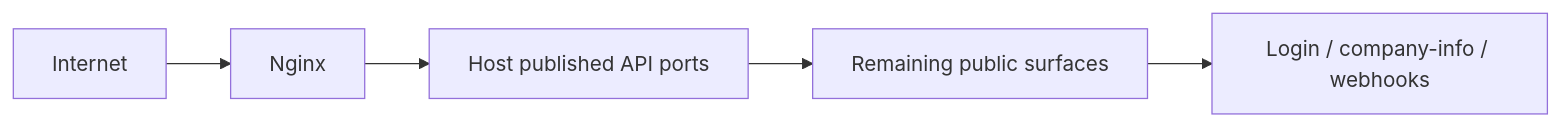
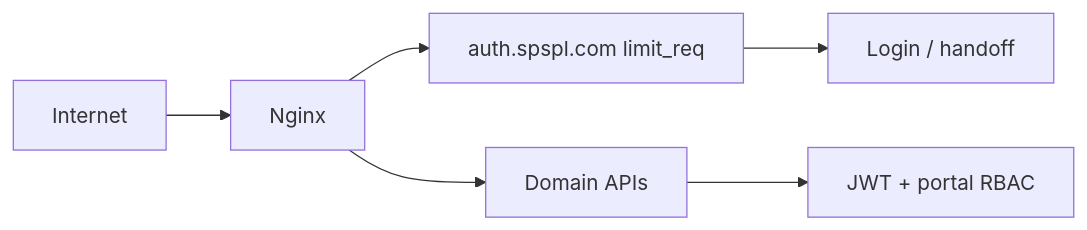
The fifth of 7 diagrams in docs/08-security/01-security-overview.md (shaktitechit/shakti-opms), drawn with Mermaid before and after one commit. The commit also changed other lines of this file and 54 other files, not shown here.

````diff
--- a/docs/08-security/01-security-overview.md
+++ b/docs/08-security/01-security-overview.md
@@ -213,7 +263,8 @@
 ```mermaid
 flowchart LR
   Internet --> Nginx
-  Nginx --> PublishedPorts[Host published API ports]
-  PublishedPorts --> Weak[Remaining public surfaces]
-  Weak --> Impact[Login / company-info / webhooks]
+  Nginx --> AuthEdge[auth.spspl.com limit_req]
+  Nginx --> APIs[Domain APIs]
+  AuthEdge --> Login[Login / handoff]
+  APIs --> Protected[JWT + portal RBAC]
 ```
````
